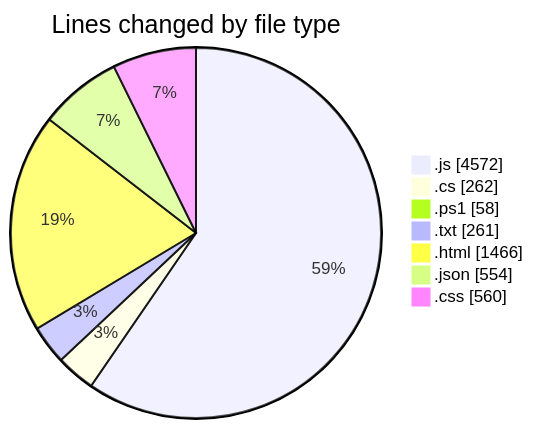
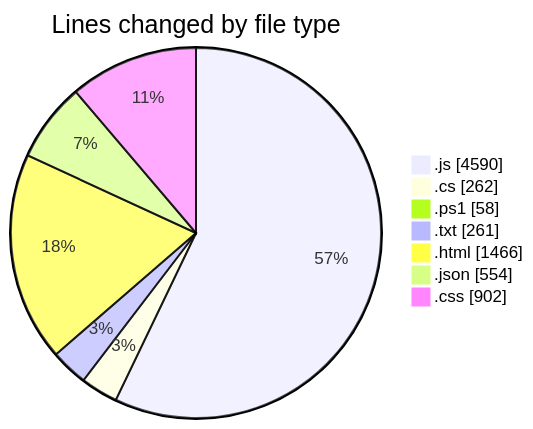
Before and after one commit to becaeroporto-bot/code-tracking: the first of 2 diagrams in 2026-02-17/bot_v1_2/README.md, drawn with Mermaid. The commit also changed other lines of this file and 1 other file, not shown here.

````diff
--- a/2026-02-17/bot_v1_2/README.md
+++ b/2026-02-17/bot_v1_2/README.md
@@ -39,11 +40,11 @@
 ```mermaid
 pie showData
 title Lines changed by file type
-".js" : 4572
+".js" : 4590
 ".cs" : 262
 ".ps1" : 58
 ".txt" : 261
 ".html" : 1466
 ".json" : 554
-".css" : 560
+".css" : 902
 ```
````
